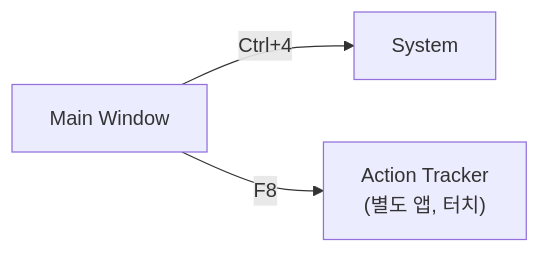
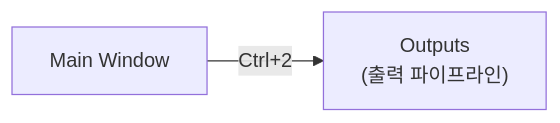
One commit to garimto81/ebs changed the fourth of 13 diagrams in docs/01_PokerGFX_Analysis/PRD-0004-EBS-Server-UI-Design.md. Above: the diagram before and after it, drawn with Mermaid. The commit also changed other lines of this file, not shown here.

````diff
--- a/docs/01_PokerGFX_Analysis/PRD-0004-EBS-Server-UI-Design.md
+++ b/docs/01_PokerGFX_Analysis/PRD-0004-EBS-Server-UI-Design.md
@@ -346,5 +363,4 @@
 ```mermaid
 flowchart LR
-    MW["Main Window"] -->|"Ctrl+4"| SYS["System"]
-    MW -->|"F8"| AT["Action Tracker<br/>(별도 앱, 터치)"]
+    MW["Main Window"] -->|"Ctrl+2"| OUT["Outputs<br/>(출력 파이프라인)"]
 ```
````
